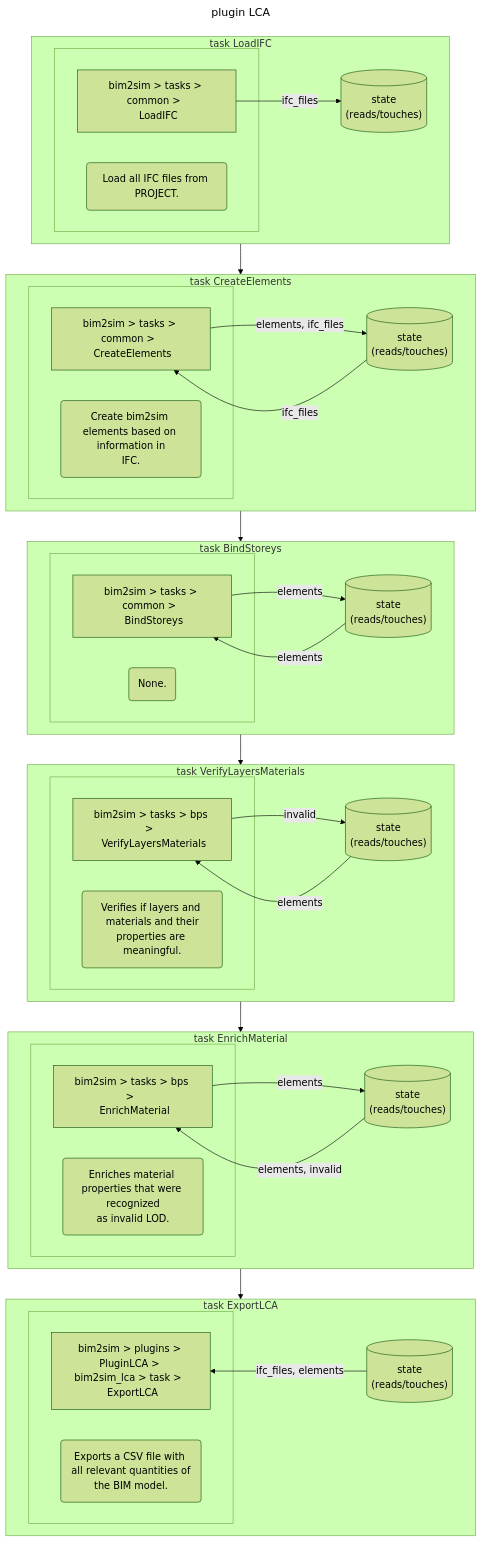
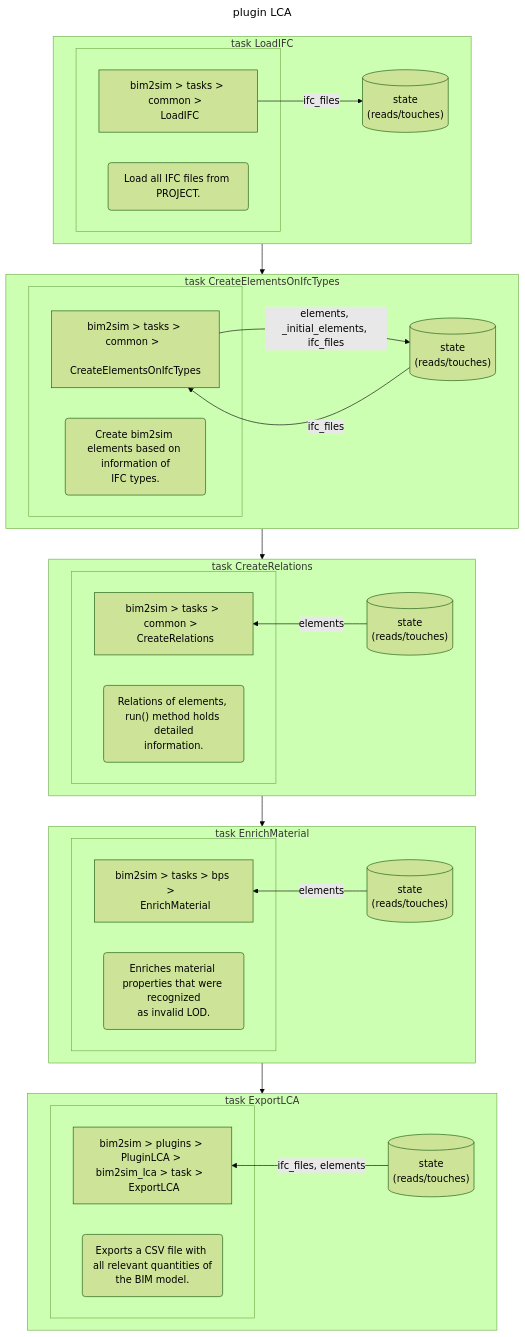
One commit to BIM2SIM/bim2sim changed the diagram in docs/source/img/dynamic/plugindiagram/lca_structure_decentral_state.mmd. Above: the diagram before and after it, drawn with Mermaid (forest theme). The commit also changed 6 other files, not shown here.

Commit message:
updated mermaid files

```diff
--- a/docs/source/img/dynamic/plugindiagram/lca_structure_decentral_state.mmd
+++ b/docs/source/img/dynamic/plugindiagram/lca_structure_decentral_state.mmd
@@ -1,112 +1,90 @@
 ---
 title: plugin LCA
 ---
 flowchart TB
     
 subgraph taskLoadIFC["task LoadIFC"]
  subgraph "" 
 
   tLoadIFC["bim2sim > tasks > common >  
  LoadIFC"]
   extLoadIFC(" Load all IFC files from PROJECT. " )
  end
 
 stateLoadIFC[("state
  (reads/touches)")]
     
 tLoadIFC -- ifc_files --> stateLoadIFC
 
 end
     
-subgraph taskCreateElements["task CreateElements"]
+subgraph taskCreateElementsOnIfcTypes["task CreateElementsOnIfcTypes"]
  subgraph "" 
 
-  tCreateElements["bim2sim > tasks > common >  
- CreateElements"]
-  extCreateElements(" Create bim2sim elements based on information in
-IFC. " )
+  tCreateElementsOnIfcTypes["bim2sim > tasks > common >  
+ CreateElementsOnIfcTypes"]
+  extCreateElementsOnIfcTypes(" Create bim2sim elements based on information of
+IFC types. " )
  end
 
-stateCreateElements[("state
+stateCreateElementsOnIfcTypes[("state
  (reads/touches)")]
     
-stateCreateElements -- ifc_files --> tCreateElements
+stateCreateElementsOnIfcTypes -- ifc_files --> tCreateElementsOnIfcTypes
 
-tCreateElements -- elements, ifc_files --> stateCreateElements
+tCreateElementsOnIfcTypes -- elements, _initial_elements, ifc_files --> stateCreateElementsOnIfcTypes
 
 end
     
-subgraph taskBindStoreys["task BindStoreys"]
+subgraph taskCreateRelations["task CreateRelations"]
  subgraph "" 
 
-  tBindStoreys["bim2sim > tasks > common >  
- BindStoreys"]
-  extBindStoreys(" None. " )
+  tCreateRelations["bim2sim > tasks > common >  
+ CreateRelations"]
+  extCreateRelations(" Relations of elements, run() method holds detailed
+information. " )
  end
 
-stateBindStoreys[("state
+stateCreateRelations[("state
  (reads/touches)")]
     
-stateBindStoreys -- elements --> tBindStoreys
-
-tBindStoreys -- elements --> stateBindStoreys
-
-end
-    
-subgraph taskVerifyLayersMaterials["task VerifyLayersMaterials"]
- subgraph "" 
-
-  tVerifyLayersMaterials["bim2sim > tasks > bps >  
- VerifyLayersMaterials"]
-  extVerifyLayersMaterials(" Verifies if layers and materials and their
-properties are meaningful. " )
- end
-
-stateVerifyLayersMaterials[("state
- (reads/touches)")]
-    
-stateVerifyLayersMaterials -- elements --> tVerifyLayersMaterials
-
-tVerifyLayersMaterials -- invalid --> stateVerifyLayersMaterials
-
+stateCreateRelations -- elements --> tCreateRelations
+direction RL
 end
     
 subgraph taskEnrichMaterial["task EnrichMaterial"]
  subgraph "" 
 
   tEnrichMaterial["bim2sim > tasks > bps >  
  EnrichMaterial"]
   extEnrichMaterial(" Enriches material properties that were recognized
 as invalid LOD. " )
  end
 
 stateEnrichMaterial[("state
  (reads/touches)")]
     
-stateEnrichMaterial -- elements, invalid --> tEnrichMaterial
-
-tEnrichMaterial -- elements --> stateEnrichMaterial
-
+stateEnrichMaterial -- elements --> tEnrichMaterial
+direction RL
 end
     
 subgraph taskExportLCA["task ExportLCA"]
  subgraph "" 
 
   tExportLCA["bim2sim > plugins > PluginLCA > 
 bim2sim_lca > task >  
  ExportLCA"]
   extExportLCA(" Exports a CSV file with all relevant quantities of
 the BIM model. " )
  end
 
 stateExportLCA[("state
  (reads/touches)")]
     
 stateExportLCA -- ifc_files, elements --> tExportLCA
 direction RL
 end
-    taskLoadIFC --> taskCreateElements 
-taskCreateElements --> taskBindStoreys 
-taskBindStoreys --> taskVerifyLayersMaterials 
-taskVerifyLayersMaterials --> taskEnrichMaterial 
+    taskLoadIFC --> taskCreateElementsOnIfcTypes 
+taskCreateElementsOnIfcTypes --> taskCreateRelations 
+taskCreateRelations --> taskEnrichMaterial 
 taskEnrichMaterial --> taskExportLCA 
```
